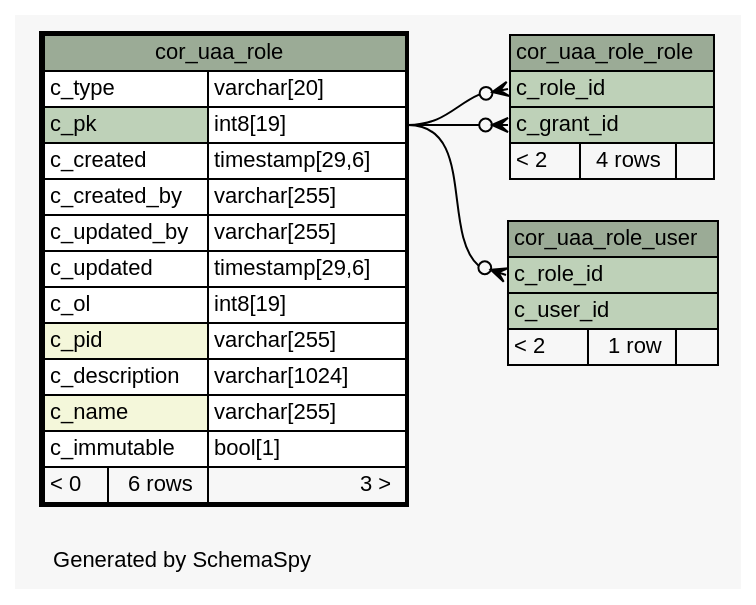
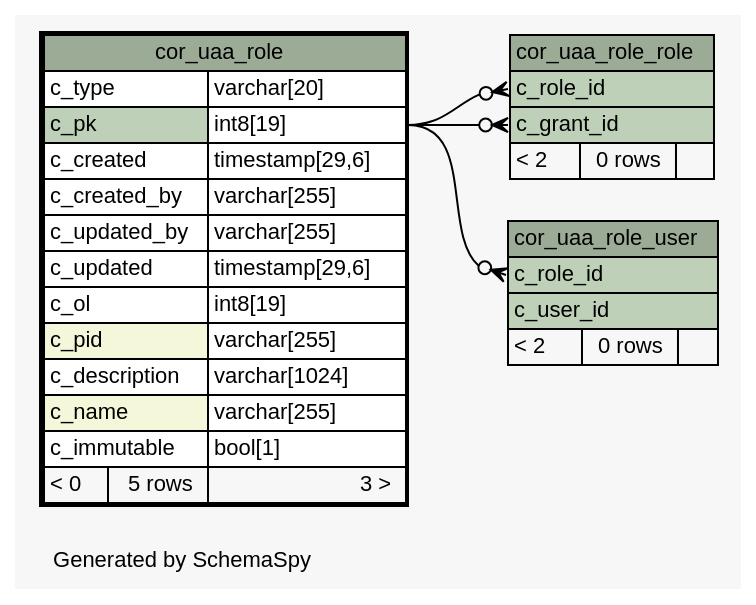
Before and after one commit to openwms/org.openwms.core.uaa: the diagram in 2.0.0-SNAPSHOT/schemaspy/diagrams/cor_uaa_role.1degree.dot, drawn with Graphviz. The commit also changed 424 other files, not shown here.

```diff
--- a/2.0.0-SNAPSHOT/schemaspy/diagrams/cor_uaa_role.1degree.dot
+++ b/2.0.0-SNAPSHOT/schemaspy/diagrams/cor_uaa_role.1degree.dot
@@ -1,67 +1,67 @@
 // dot 2.43.0 on Linux 5.15.0-1022-azure
 // SchemaSpy rev Unknown
 digraph "oneDegreeRelationshipsDiagram" {
   graph [
     rankdir="RL"
     bgcolor="#f7f7f7"
     label="\nGenerated by SchemaSpy"
     labeljust="l"
     nodesep="0.18"
     ranksep="0.46"
     fontname="Helvetica"
     fontsize="11"
   ];
   node [
     fontname="Helvetica"
     fontsize="11"
     shape="plaintext"
   ];
   edge [
     arrowsize="0.8"
   ];
   "cor_uaa_role_role":"c_grant_id":w -> "cor_uaa_role":"c_pk.type":e [arrowhead=none dir=back arrowtail=crowodot];
   "cor_uaa_role_role":"c_role_id":w -> "cor_uaa_role":"c_pk.type":e [arrowhead=none dir=back arrowtail=crowodot];
   "cor_uaa_role_user":"c_role_id":w -> "cor_uaa_role":"c_pk.type":e [arrowhead=none dir=back arrowtail=crowodot];
   "cor_uaa_role" [
     label=<
     <TABLE BORDER="2" CELLBORDER="1" CELLSPACING="0" BGCOLOR="#ffffff">
       <TR><TD COLSPAN="3" BGCOLOR="#9bab96" ALIGN="CENTER">cor_uaa_role</TD></TR>
       <TR><TD PORT="c_type" COLSPAN="2" ALIGN="LEFT">c_type</TD><TD PORT="c_type.type" ALIGN="LEFT">varchar[20]</TD></TR>
       <TR><TD PORT="c_pk" COLSPAN="2" BGCOLOR="#bed1b8" ALIGN="LEFT">c_pk</TD><TD PORT="c_pk.type" ALIGN="LEFT">int8[19]</TD></TR>
       <TR><TD PORT="c_created" COLSPAN="2" ALIGN="LEFT">c_created</TD><TD PORT="c_created.type" ALIGN="LEFT">timestamp[29,6]</TD></TR>
       <TR><TD PORT="c_created_by" COLSPAN="2" ALIGN="LEFT">c_created_by</TD><TD PORT="c_created_by.type" ALIGN="LEFT">varchar[255]</TD></TR>
       <TR><TD PORT="c_updated_by" COLSPAN="2" ALIGN="LEFT">c_updated_by</TD><TD PORT="c_updated_by.type" ALIGN="LEFT">varchar[255]</TD></TR>
       <TR><TD PORT="c_updated" COLSPAN="2" ALIGN="LEFT">c_updated</TD><TD PORT="c_updated.type" ALIGN="LEFT">timestamp[29,6]</TD></TR>
       <TR><TD PORT="c_ol" COLSPAN="2" ALIGN="LEFT">c_ol</TD><TD PORT="c_ol.type" ALIGN="LEFT">int8[19]</TD></TR>
       <TR><TD PORT="c_pid" COLSPAN="2" BGCOLOR="#f4f7da" ALIGN="LEFT">c_pid</TD><TD PORT="c_pid.type" ALIGN="LEFT">varchar[255]</TD></TR>
       <TR><TD PORT="c_description" COLSPAN="2" ALIGN="LEFT">c_description</TD><TD PORT="c_description.type" ALIGN="LEFT">varchar[1024]</TD></TR>
       <TR><TD PORT="c_name" COLSPAN="2" BGCOLOR="#f4f7da" ALIGN="LEFT">c_name</TD><TD PORT="c_name.type" ALIGN="LEFT">varchar[255]</TD></TR>
       <TR><TD PORT="c_immutable" COLSPAN="2" ALIGN="LEFT">c_immutable</TD><TD PORT="c_immutable.type" ALIGN="LEFT">bool[1]</TD></TR>
-      <TR><TD ALIGN="LEFT" BGCOLOR="#f7f7f7">&lt; 0</TD><TD ALIGN="RIGHT" BGCOLOR="#f7f7f7">6 rows</TD><TD ALIGN="RIGHT" BGCOLOR="#f7f7f7">3 &gt;</TD></TR>
+      <TR><TD ALIGN="LEFT" BGCOLOR="#f7f7f7">&lt; 0</TD><TD ALIGN="RIGHT" BGCOLOR="#f7f7f7">5 rows</TD><TD ALIGN="RIGHT" BGCOLOR="#f7f7f7">3 &gt;</TD></TR>
     </TABLE>>
     URL="cor_uaa_role.html"
     tooltip="cor_uaa_role"
   ];
   "cor_uaa_role_role" [
     label=<
     <TABLE BORDER="0" CELLBORDER="1" CELLSPACING="0" BGCOLOR="#ffffff">
       <TR><TD COLSPAN="3" BGCOLOR="#9bab96" ALIGN="CENTER">cor_uaa_role_role</TD></TR>
       <TR><TD PORT="c_role_id" COLSPAN="3" BGCOLOR="#bed1b8" ALIGN="LEFT">c_role_id</TD></TR>
       <TR><TD PORT="c_grant_id" COLSPAN="3" BGCOLOR="#bed1b8" ALIGN="LEFT">c_grant_id</TD></TR>
-      <TR><TD ALIGN="LEFT" BGCOLOR="#f7f7f7">&lt; 2</TD><TD ALIGN="RIGHT" BGCOLOR="#f7f7f7">4 rows</TD><TD ALIGN="RIGHT" BGCOLOR="#f7f7f7">  </TD></TR>
+      <TR><TD ALIGN="LEFT" BGCOLOR="#f7f7f7">&lt; 2</TD><TD ALIGN="RIGHT" BGCOLOR="#f7f7f7">0 rows</TD><TD ALIGN="RIGHT" BGCOLOR="#f7f7f7">  </TD></TR>
     </TABLE>>
     URL="cor_uaa_role_role.html"
     tooltip="cor_uaa_role_role"
   ];
   "cor_uaa_role_user" [
     label=<
     <TABLE BORDER="0" CELLBORDER="1" CELLSPACING="0" BGCOLOR="#ffffff">
       <TR><TD COLSPAN="3" BGCOLOR="#9bab96" ALIGN="CENTER">cor_uaa_role_user</TD></TR>
       <TR><TD PORT="c_role_id" COLSPAN="3" BGCOLOR="#bed1b8" ALIGN="LEFT">c_role_id</TD></TR>
       <TR><TD PORT="c_user_id" COLSPAN="3" BGCOLOR="#bed1b8" ALIGN="LEFT">c_user_id</TD></TR>
-      <TR><TD ALIGN="LEFT" BGCOLOR="#f7f7f7">&lt; 2</TD><TD ALIGN="RIGHT" BGCOLOR="#f7f7f7">1 row</TD><TD ALIGN="RIGHT" BGCOLOR="#f7f7f7">  </TD></TR>
+      <TR><TD ALIGN="LEFT" BGCOLOR="#f7f7f7">&lt; 2</TD><TD ALIGN="RIGHT" BGCOLOR="#f7f7f7">0 rows</TD><TD ALIGN="RIGHT" BGCOLOR="#f7f7f7">  </TD></TR>
     </TABLE>>
     URL="cor_uaa_role_user.html"
     tooltip="cor_uaa_role_user"
   ];
 }
```
